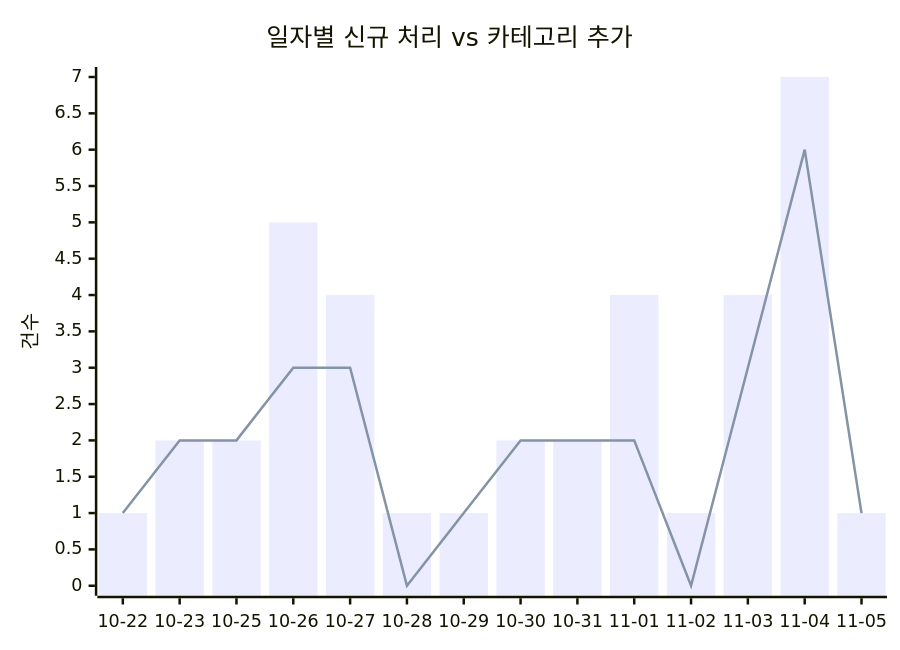
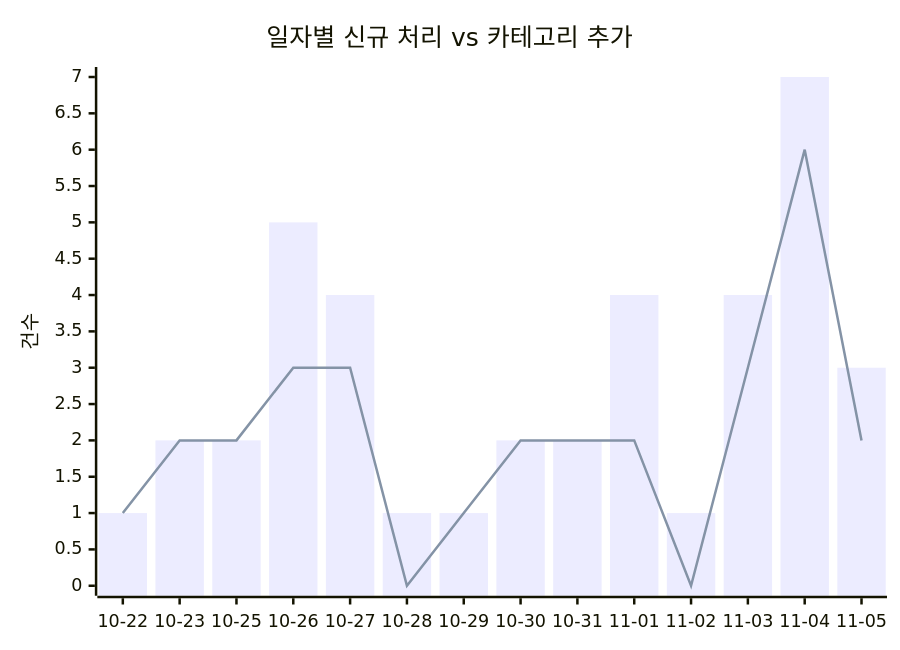
The first of 2 diagrams in docs/trends.md (J-nowcow/awesome-korean-agent-skills), drawn with Mermaid before and after one commit. The commit also changed other lines of this file and 4 other files, not shown here.

````diff
--- a/docs/trends.md
+++ b/docs/trends.md
@@ -32,8 +32,8 @@
 ```mermaid
 xychart-beta
     title "일자별 신규 처리 vs 카테고리 추가"
     x-axis ["10-22","10-23","10-25","10-26","10-27","10-28","10-29","10-30","10-31","11-01","11-02","11-03","11-04","11-05"]
     y-axis "건수"
-    bar [1,2,2,5,4,1,1,2,2,4,1,4,7,1]
-    line [1,2,2,3,3,0,1,2,2,2,0,3,6,1]
+    bar [1,2,2,5,4,1,1,2,2,4,1,4,7,3]
+    line [1,2,2,3,3,0,1,2,2,2,0,3,6,2]
 ```
````
